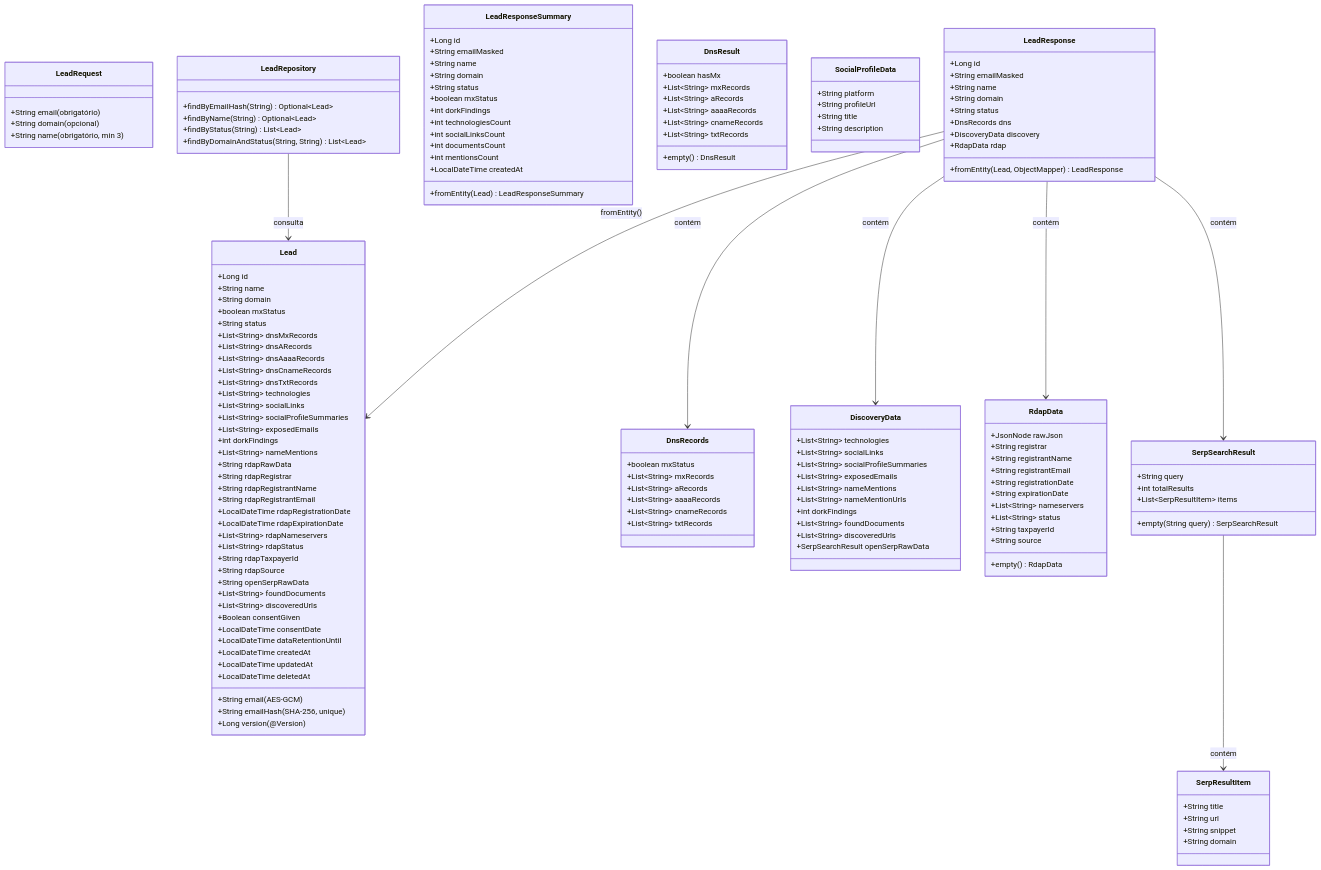
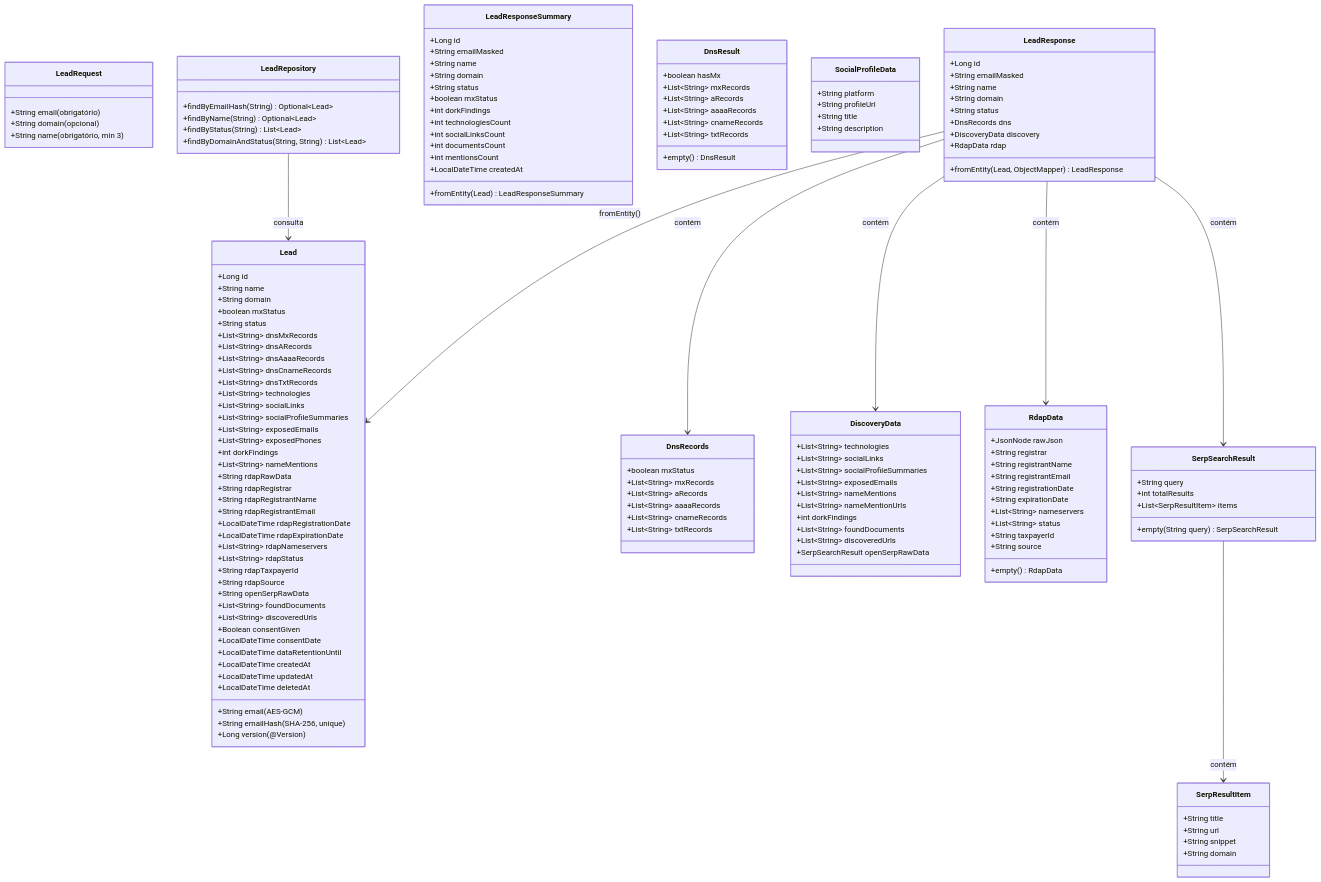
One commit to pdrodavi/lead-enrichment-api changed the second of 3 diagrams in docs/diagrams/mermaid-componentes-sequencia.md. Above: the diagram before and after it, drawn with Mermaid. The commit also changed 5 other files, not shown here.

```diff
--- a/docs/diagrams/mermaid-componentes-sequencia.md
+++ b/docs/diagrams/mermaid-componentes-sequencia.md
@@ -130,6 +130,7 @@
         +List~String~ socialLinks
         +List~String~ socialProfileSummaries
         +List~String~ exposedEmails
+        +List~String~ exposedPhones
         +int dorkFindings
         +List~String~ nameMentions
         +String rdapRawData
```
